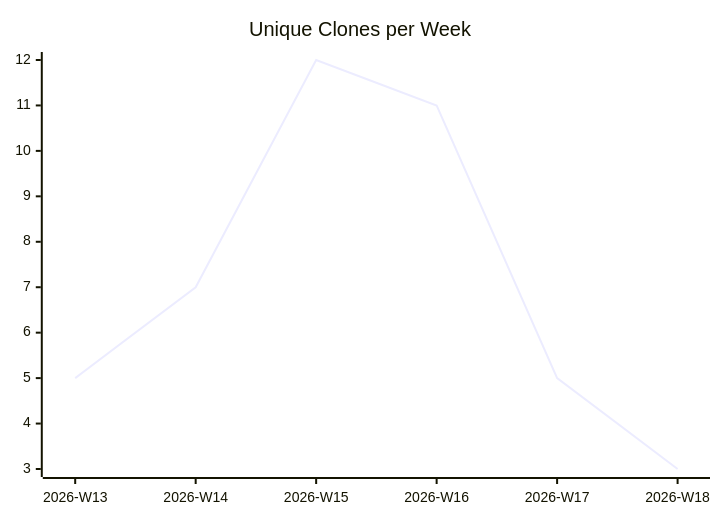
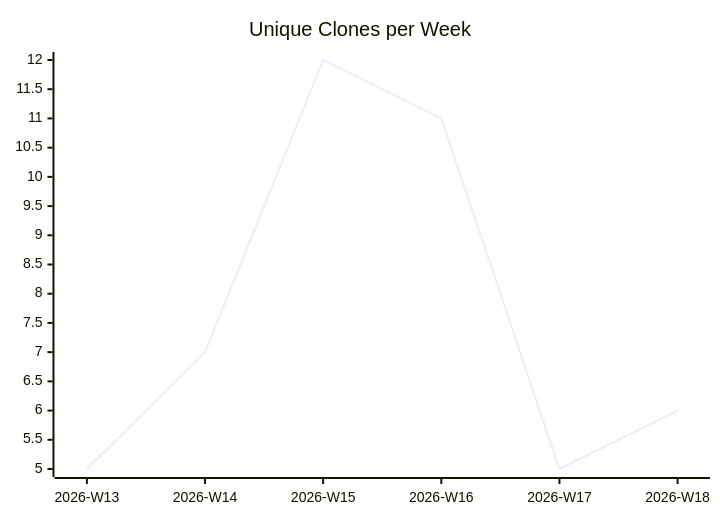
The third of 3 diagrams in karlmdavis/fhir-benchmarks/README.md (justdavis-family/github-analytics-data), drawn with Mermaid before and after one commit. The commit also changed other lines of this file and 184 other files, not shown here.

````diff
--- a/karlmdavis/fhir-benchmarks/README.md
+++ b/karlmdavis/fhir-benchmarks/README.md
@@ -19,6 +19,6 @@
 ```mermaid
 xychart-beta
   title "Unique Clones per Week"
   x-axis ["2026-W13", "2026-W14", "2026-W15", "2026-W16", "2026-W17", "2026-W18"]
-  line [5, 7, 12, 11, 5, 3]
+  line [5, 7, 12, 11, 5, 6]
 ```
````
